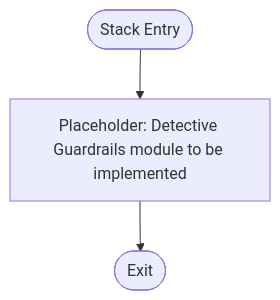
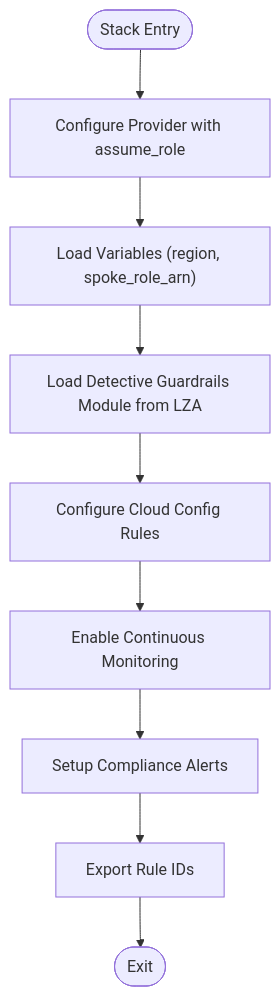
Before and after one commit to AlibabaCloudLandingZone/alibabacloud-landingzone-accelerator-github-demo: the sixth of 12 diagrams in .qoder/repowiki/en/content/Stack Architecture/Stack Architecture.md, drawn with Mermaid. The commit also changed other lines of this file and 104 other files, not shown here.

````diff
--- a/.qoder/repowiki/en/content/Stack Architecture/Stack Architecture.md
+++ b/.qoder/repowiki/en/content/Stack Architecture/Stack Architecture.md
@@ -213,5 +274,11 @@
 ```mermaid
 flowchart TD
-Start(["Stack Entry"]) --> Placeholder["Placeholder: Detective Guardrails module to be implemented"]
-Placeholder --> End(["Exit"])
+Start(["Stack Entry"]) --> Provider["Configure Provider with assume_role"]
+Provider --> Variables["Load Variables (region, spoke_role_arn)"]
+Variables --> Module["Load Detective Guardrails Module from LZA"]
+Module --> Rules["Configure Cloud Config Rules"]
+Rules --> Monitoring["Enable Continuous Monitoring"]
+Monitoring --> Alerts["Setup Compliance Alerts"]
+Alerts --> Outputs["Export Rule IDs"]
+Outputs --> End(["Exit"])
 ```
````
